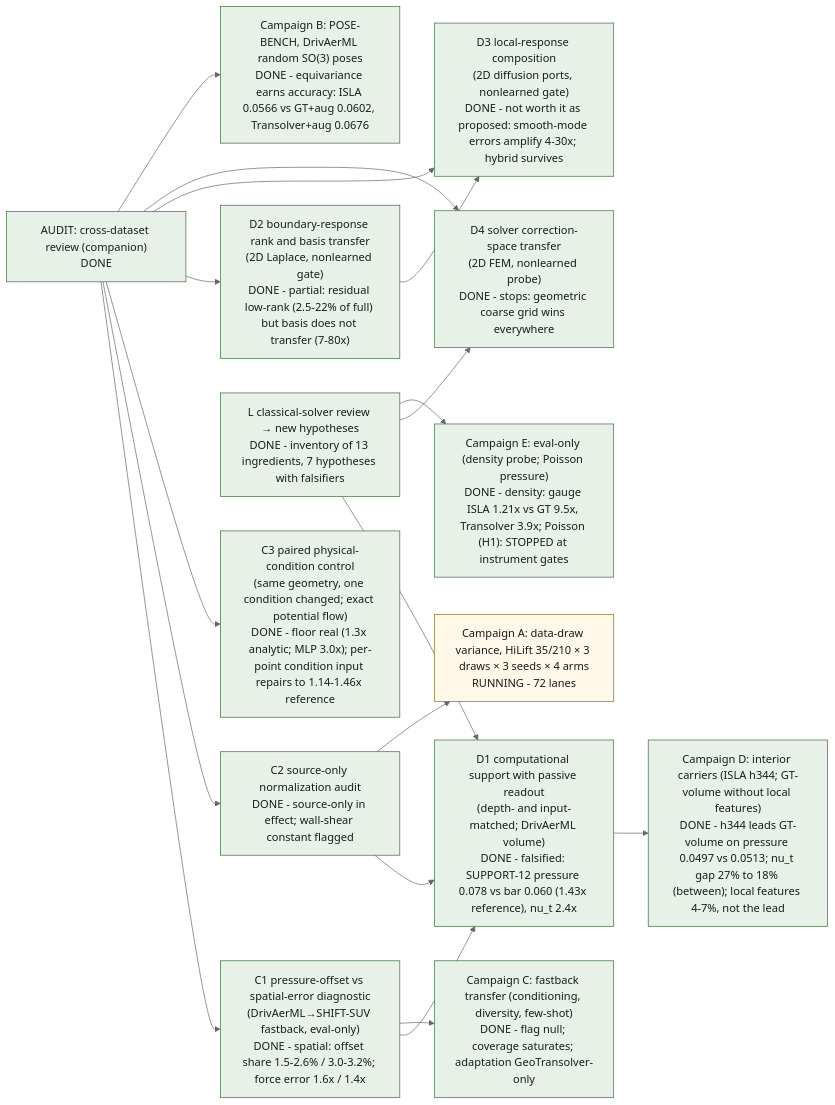
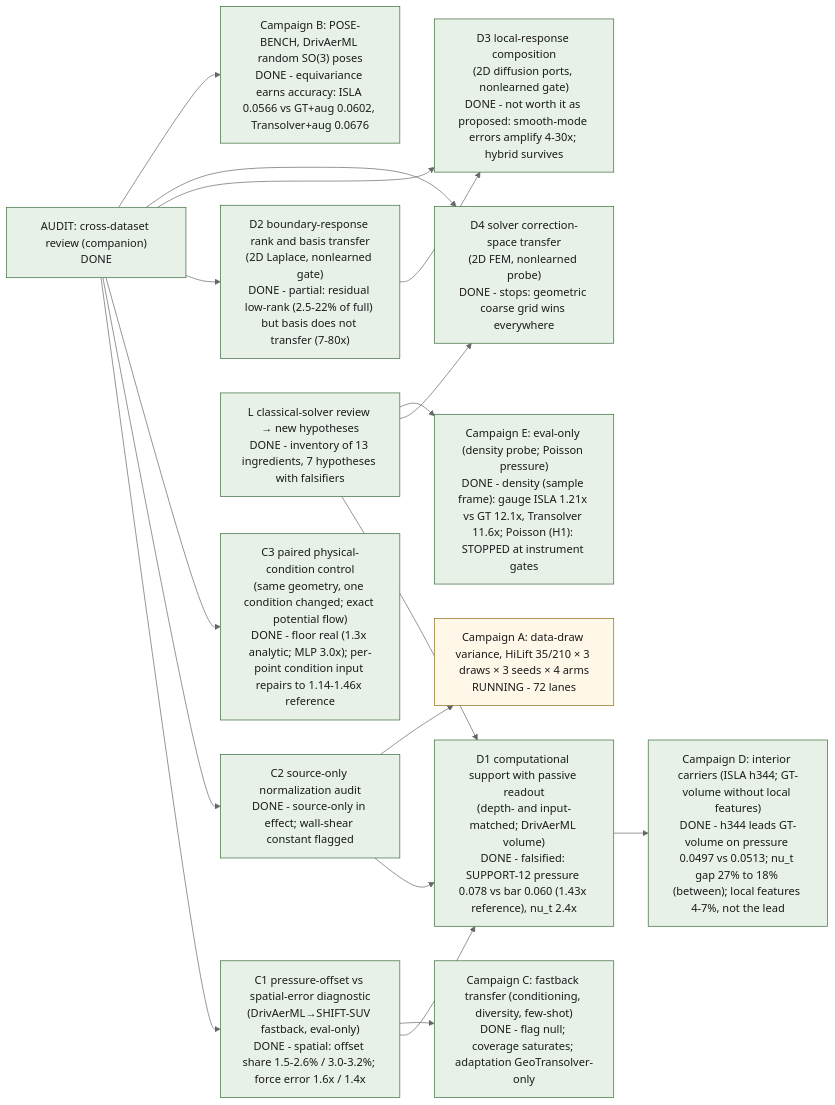
The diagram in examples/cfd/mesh_transformer/research/transfer_program/index.qmd (peterdsharpe/modulus), drawn with Mermaid (neutral theme) before and after one commit. The commit also changed other lines of this file and 6 other files, not shown here.

Commit message:
Transfer program: campaign E centering-convention correction (sample frame: GeoTransolver 12.1x, Transolver 11.6x vs pool-frame 9.5x / 3.9x; ISLA rows frame-invariant); frame-aware reducer; chapter 7 both frames; notebook entry; ledger; PREREG note; artifact

````diff
--- a/examples/cfd/mesh_transformer/research/transfer_program/index.qmd
+++ b/examples/cfd/mesh_transformer/research/transfer_program/index.qmd
@@ -36,37 +36,37 @@
 ```{mermaid}
 flowchart LR
   classDef done fill:#e8f1e8,stroke:#3a6b3a,color:#1a1a1a
   classDef running fill:#fff8e8,stroke:#8a6d1a,color:#1a1a1a
   classDef ready fill:#eef3fb,stroke:#2a5ba8,color:#1a1a1a
   classDef planned fill:#f2f1ec,stroke:#898781,color:#1a1a1a,stroke-dasharray:4 3
   AUDIT["AUDIT: cross-dataset review (companion)<br/>DONE"]:::done
   POFF["C1 pressure-offset vs spatial-error diagnostic<br/>(DrivAerML→SHIFT-SUV fastback, eval-only)<br/>DONE - spatial: offset share 1.5-2.6% / 3.0-3.2%; force error 1.6x / 1.4x"]:::done
   SNORM["C2 source-only normalization audit<br/>DONE - source-only in effect; wall-shear constant flagged"]:::done
   PAIR["C3 paired physical-condition control<br/>(same geometry, one condition changed; exact potential flow)<br/>DONE - floor real (1.3x analytic; MLP 3.0x); per-point condition input repairs to 1.14-1.46x reference"]:::done
   SUPP["D1 computational support with passive readout<br/>(depth- and input-matched; DrivAerML volume)<br/>DONE - falsified: SUPPORT-12 pressure 0.078 vs bar 0.060 (1.43x reference), nu_t 2.4x"]:::done
   RESP["D2 boundary-response rank and basis transfer<br/>(2D Laplace, nonlearned gate)<br/>DONE - partial: residual low-rank (2.5-22% of full) but basis does not transfer (7-80x)"]:::done
   COMP["D3 local-response composition<br/>(2D diffusion ports, nonlearned gate)<br/>DONE - not worth it as proposed: smooth-mode errors amplify 4-30x; hybrid survives"]:::done
   SOLV["D4 solver correction-space transfer<br/>(2D FEM, nonlearned probe)<br/>DONE - stops: geometric coarse grid wins everywhere"]:::done
   CLASS["L classical-solver review → new hypotheses<br/>DONE - inventory of 13 ingredients, 7 hypotheses with falsifiers"]:::done
   CAMPA["Campaign A: data-draw variance, HiLift 35/210 × 3 draws × 3 seeds × 4 arms<br/>RUNNING - 72 lanes"]:::running
   CAMPB["Campaign B: POSE-BENCH, DrivAerML random SO(3) poses<br/>DONE - equivariance earns accuracy: ISLA 0.0566 vs GT+aug 0.0602, Transolver+aug 0.0676"]:::done
   CAMPC["Campaign C: fastback transfer (conditioning, diversity, few-shot)<br/>DONE - flag null; coverage saturates; adaptation GeoTransolver-only"]:::done
   CAMPD["Campaign D: interior carriers (ISLA h344; GT-volume without local features)<br/>DONE - h344 leads GT-volume on pressure 0.0497 vs 0.0513; nu_t gap 27% to 18% (between); local features 4-7%, not the lead"]:::done
-  CAMPE["Campaign E: eval-only (density probe; Poisson pressure)<br/>DONE - density: gauge ISLA 1.21x vs GT 9.5x, Transolver 3.9x; Poisson (H1): STOPPED at instrument gates"]:::done
+  CAMPE["Campaign E: eval-only (density probe; Poisson pressure)<br/>DONE - density (sample frame): gauge ISLA 1.21x vs GT 12.1x, Transolver 11.6x; Poisson (H1): STOPPED at instrument gates"]:::done
   AUDIT --> POFF
   AUDIT --> SNORM
   AUDIT --> PAIR
   POFF --> SUPP
   SNORM --> SUPP
   AUDIT --> RESP
   AUDIT --> COMP
   AUDIT --> SOLV
   RESP --> COMP
   CLASS --> SUPP
   CLASS --> SOLV
   POFF --> CAMPC
   SNORM --> CAMPA
   CLASS --> CAMPE
   SUPP --> CAMPD
   AUDIT --> CAMPB
 ```
````
